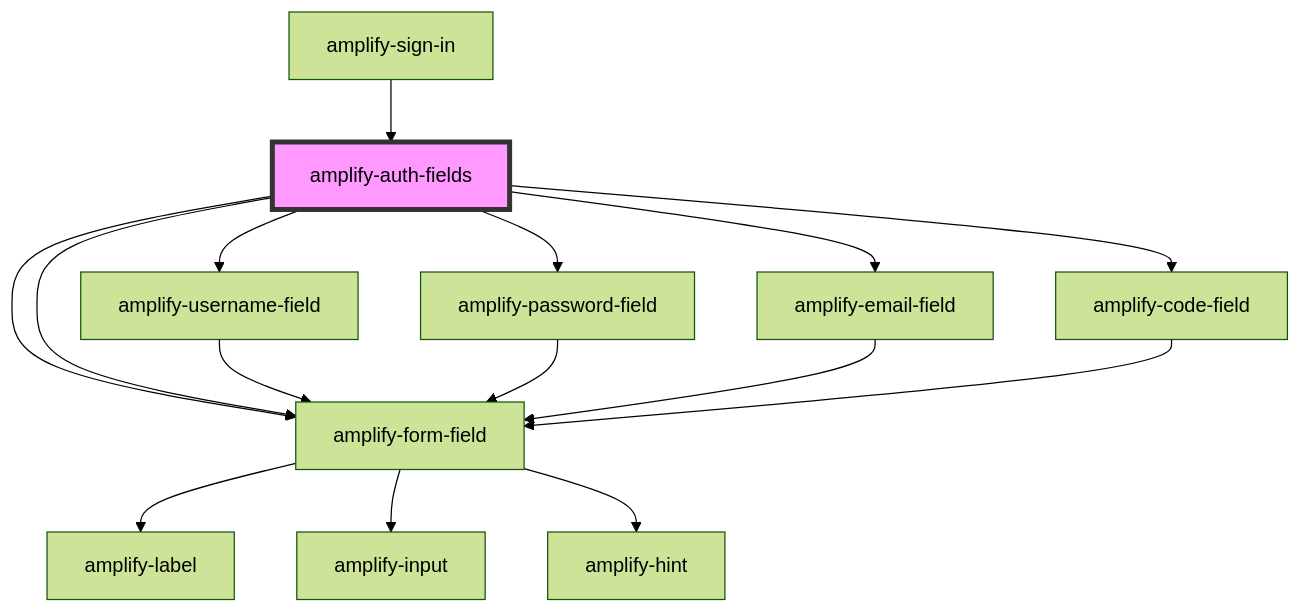
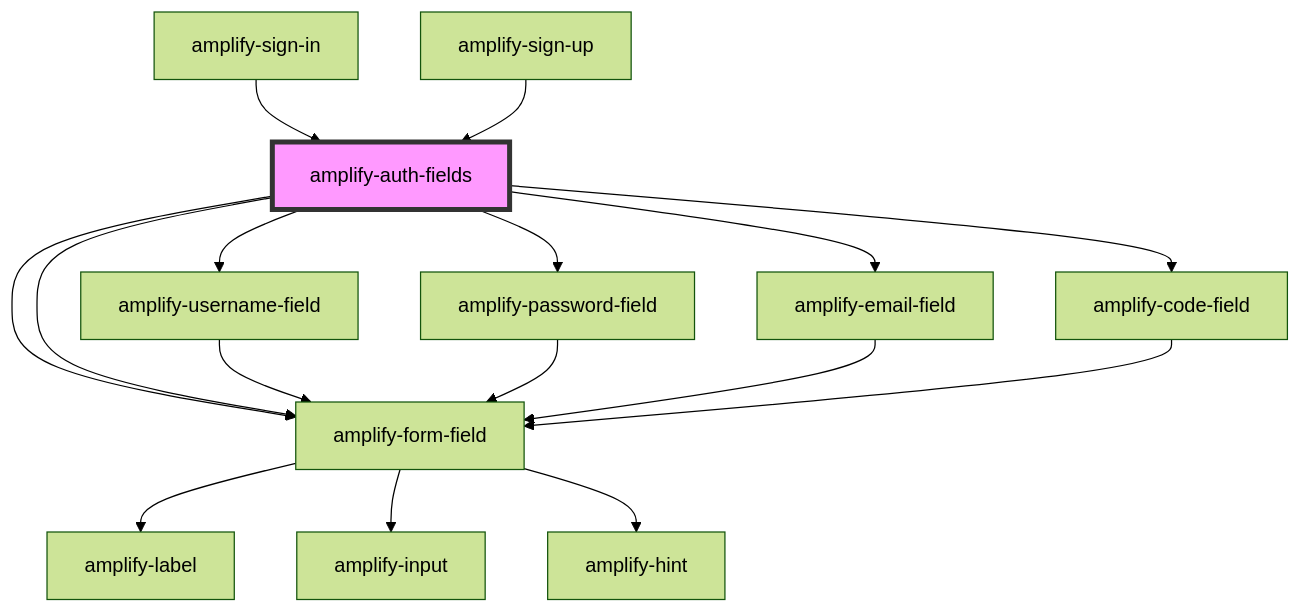
The diagram in packages/amplify-ui-components/src/components/amplify-auth-fields/readme.md (aws-amplify/amplify-js), drawn with Mermaid (forest theme) before and after one commit. The commit also changed other lines of this file and 17 other files, not shown here.

Commit message:
feat:(@aws-amplify/ui-compnents) Initial commit for SignUp comp

````diff
--- a/packages/amplify-ui-components/src/components/amplify-auth-fields/readme.md
+++ b/packages/amplify-ui-components/src/components/amplify-auth-fields/readme.md
@@ -31,18 +32,19 @@
 ```mermaid
 graph TD;
   amplify-auth-fields --> amplify-username-field
   amplify-auth-fields --> amplify-password-field
   amplify-auth-fields --> amplify-email-field
   amplify-auth-fields --> amplify-code-field
   amplify-auth-fields --> amplify-form-field
   amplify-auth-fields --> amplify-form-field
   amplify-username-field --> amplify-form-field
   amplify-form-field --> amplify-label
   amplify-form-field --> amplify-input
   amplify-form-field --> amplify-hint
   amplify-password-field --> amplify-form-field
   amplify-email-field --> amplify-form-field
   amplify-code-field --> amplify-form-field
   amplify-sign-in --> amplify-auth-fields
+  amplify-sign-up --> amplify-auth-fields
   style amplify-auth-fields fill:#f9f,stroke:#333,stroke-width:4px
 ```
````
